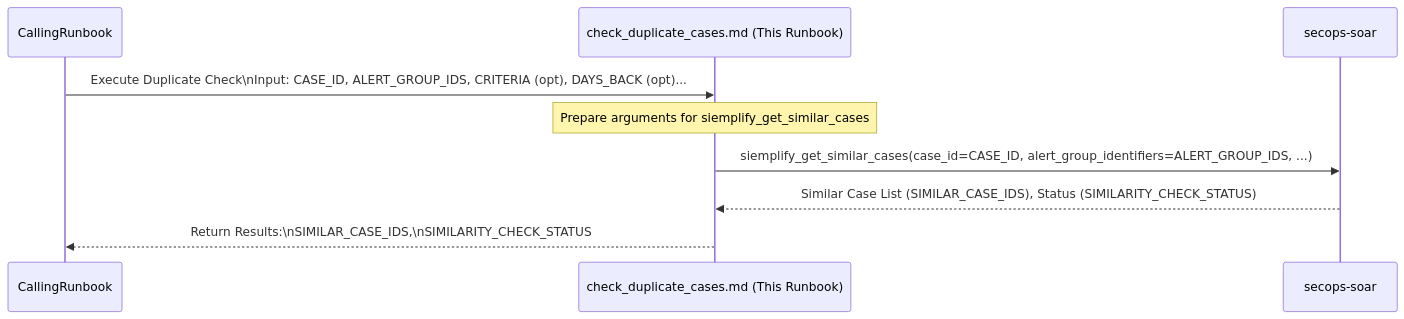
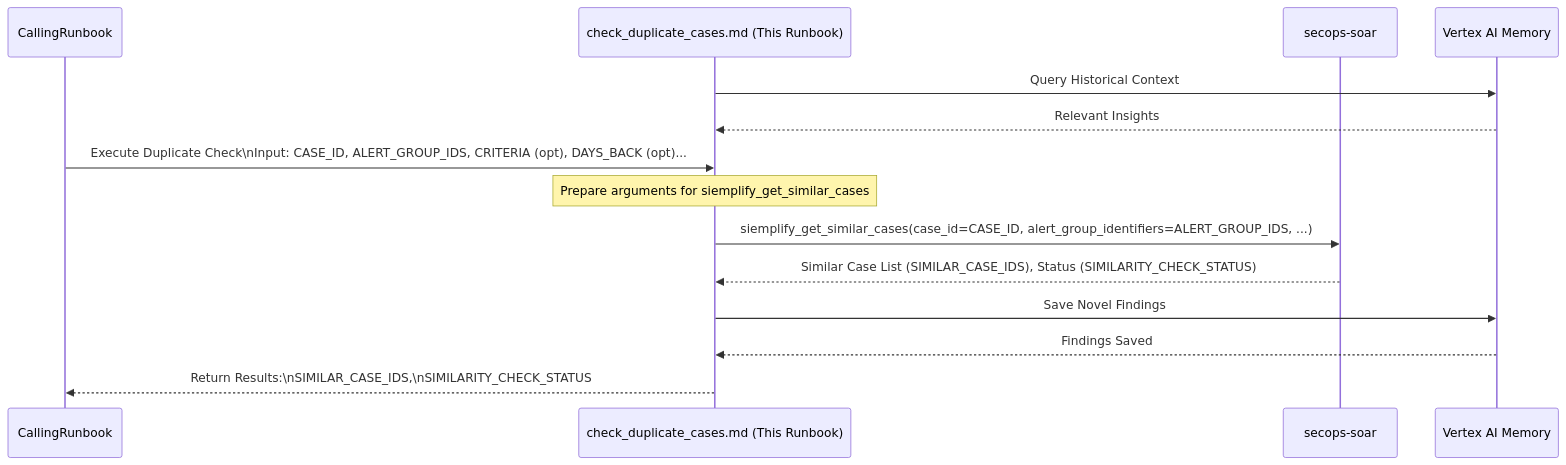
Before and after one commit to dandye/adk_runbooks: the diagram in rules-bank/run_books/common_steps/check_duplicate_cases.md, drawn with Mermaid. The commit also changed other lines of this file and 125 other files, not shown here.

````diff
--- a/rules-bank/run_books/common_steps/check_duplicate_cases.md
+++ b/rules-bank/run_books/common_steps/check_duplicate_cases.md
@@ -35,17 +37,26 @@
 ```{mermaid}
 sequenceDiagram
     participant CallingRunbook
     participant CheckDuplicates as check_duplicate_cases.md (This Runbook)
     participant SOAR as secops-soar
+    participant Memory as Vertex AI Memory
 
+
+    %% Step: Query Memory Context
+    CheckDuplicates->>Memory: Query Historical Context
+    Memory-->>CheckDuplicates: Relevant Insights
     CallingRunbook->>CheckDuplicates: Execute Duplicate Check\nInput: CASE_ID, ALERT_GROUP_IDS, CRITERIA (opt), DAYS_BACK (opt)...
 
     %% Step 2: Check Similar Cases
     Note over CheckDuplicates: Prepare arguments for siemplify_get_similar_cases
     CheckDuplicates->>SOAR: siemplify_get_similar_cases(case_id=CASE_ID, alert_group_identifiers=ALERT_GROUP_IDS, ...)
     SOAR-->>CheckDuplicates: Similar Case List (SIMILAR_CASE_IDS), Status (SIMILARITY_CHECK_STATUS)
 
     %% Step 3: Return Results
+
+    %% Step: Save Findings to Memory
+    CheckDuplicates->>Memory: Save Novel Findings
+    Memory-->>CheckDuplicates: Findings Saved
     CheckDuplicates-->>CallingRunbook: Return Results:\nSIMILAR_CASE_IDS,\nSIMILARITY_CHECK_STATUS
 
 ```
````
